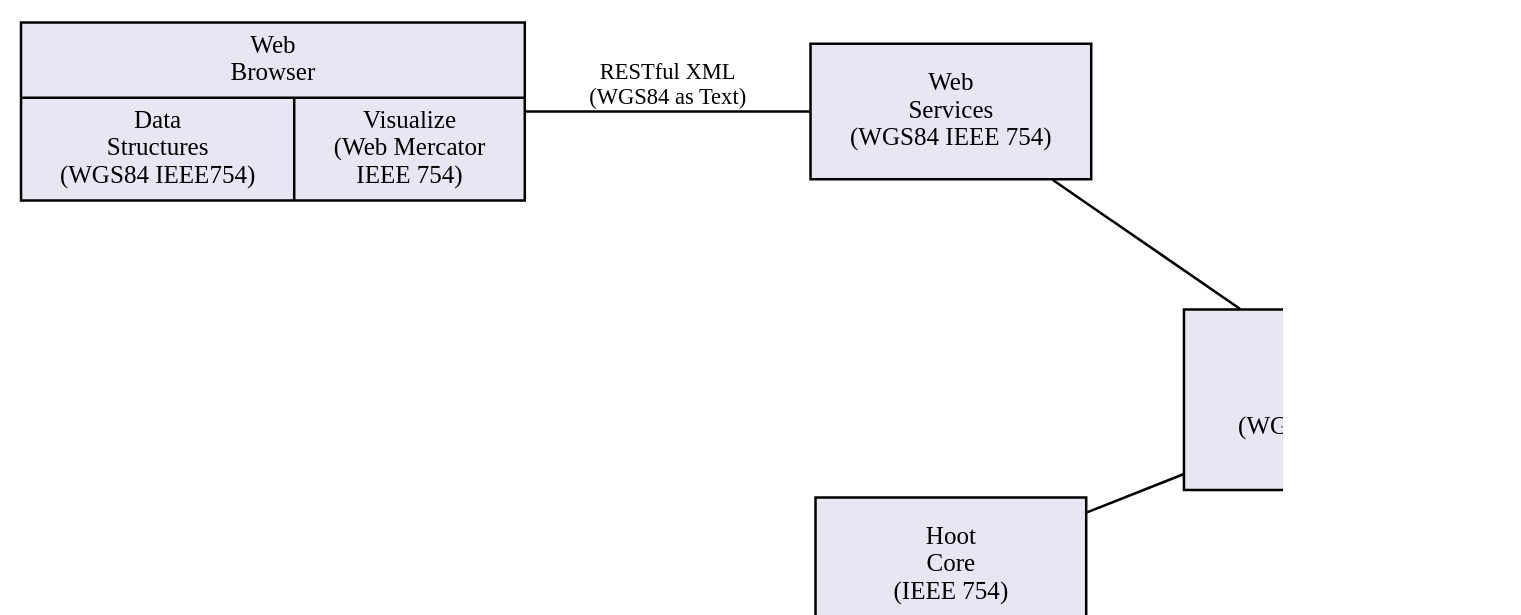
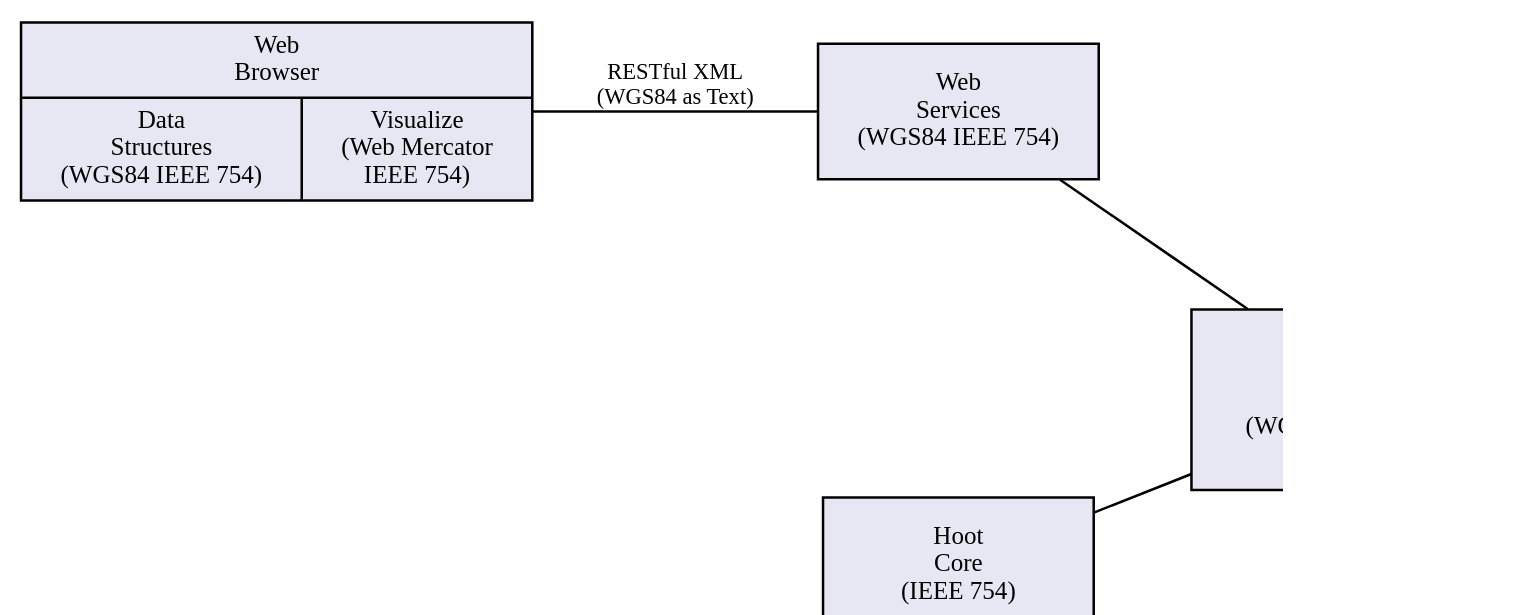
One commit to ngageoint/hootenanny changed the diagram in docs/algorithms/ProcessingError.asciidoc. Above: the diagram before and after it, drawn with Graphviz. The commit also changed 6 other files, not shown here.

```diff
--- a/docs/algorithms/ProcessingError.asciidoc
+++ b/docs/algorithms/ProcessingError.asciidoc
@@ -167,22 +167,21 @@
 [graphviz, tmp/UiInteractions.png, fdp]
 ---------------------------------------------------------------------
 digraph G
 {
 dpi=96;
 sep="+25,25";
 splines=true;
 rankdir = LR;
 overlap_shrink=true;
 nodesep=1.75;
 node [shape=record,width=1.5,height=.75,style=filled,fillcolor="#e7e7f3",fontsize=10];
 edge [arrowhead=none, arrowtail=none,fontsize=9];
 db [label="PostgreSQL\nDatabase\n(WGS84 100 nanodegrees)",shape=record,width=2,height=1,style=filled,fillcolor="#e7e7f3"];
-ui [shape=record,label="Web\nBrowser|{Data\nStructures\n(WGS84 IEEE
-754)|Visualize\n(Web Mercator\nIEEE 754)}"];
+ui [shape=record,label="Web\nBrowser|{Data\nStructures\n(WGS84 IEEE 754)|Visualize\n(Web Mercator\nIEEE 754)}"];
 services [label="Web\nServices\n(WGS84 IEEE 754)"];
 core [label="Hoot\nCore\n(IEEE 754)"];
 core -> db;
 services -> db;
 ui -> services [label="RESTful XML\n(WGS84 as Text)"];
 }
 ---------------------------------------------------------------------
```
